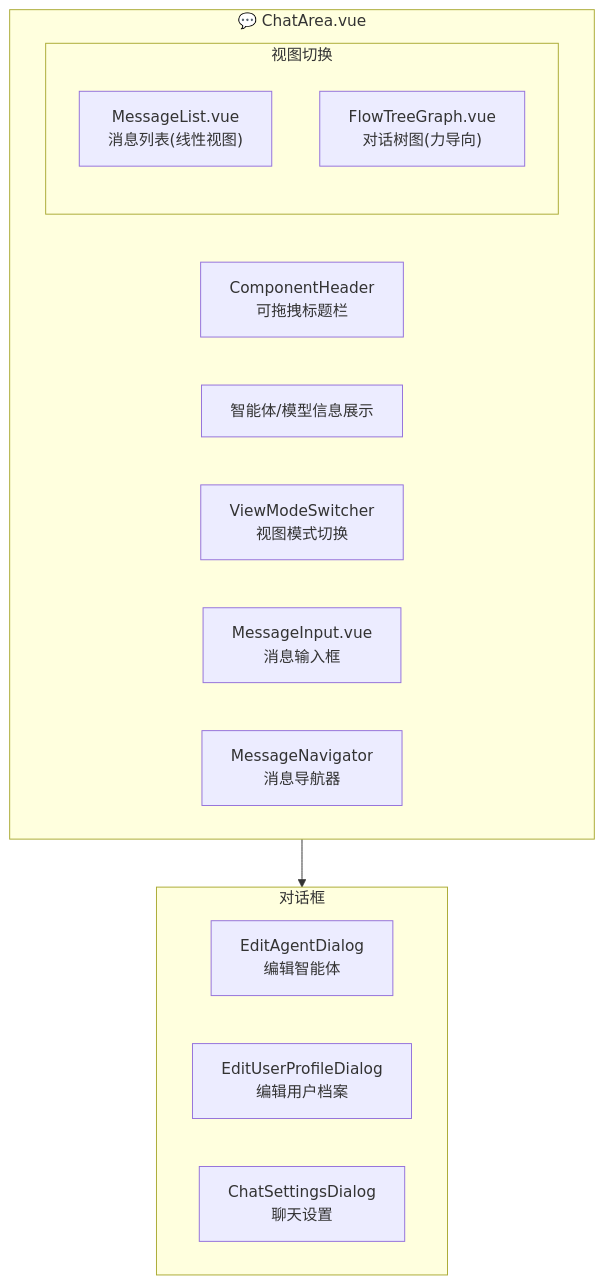
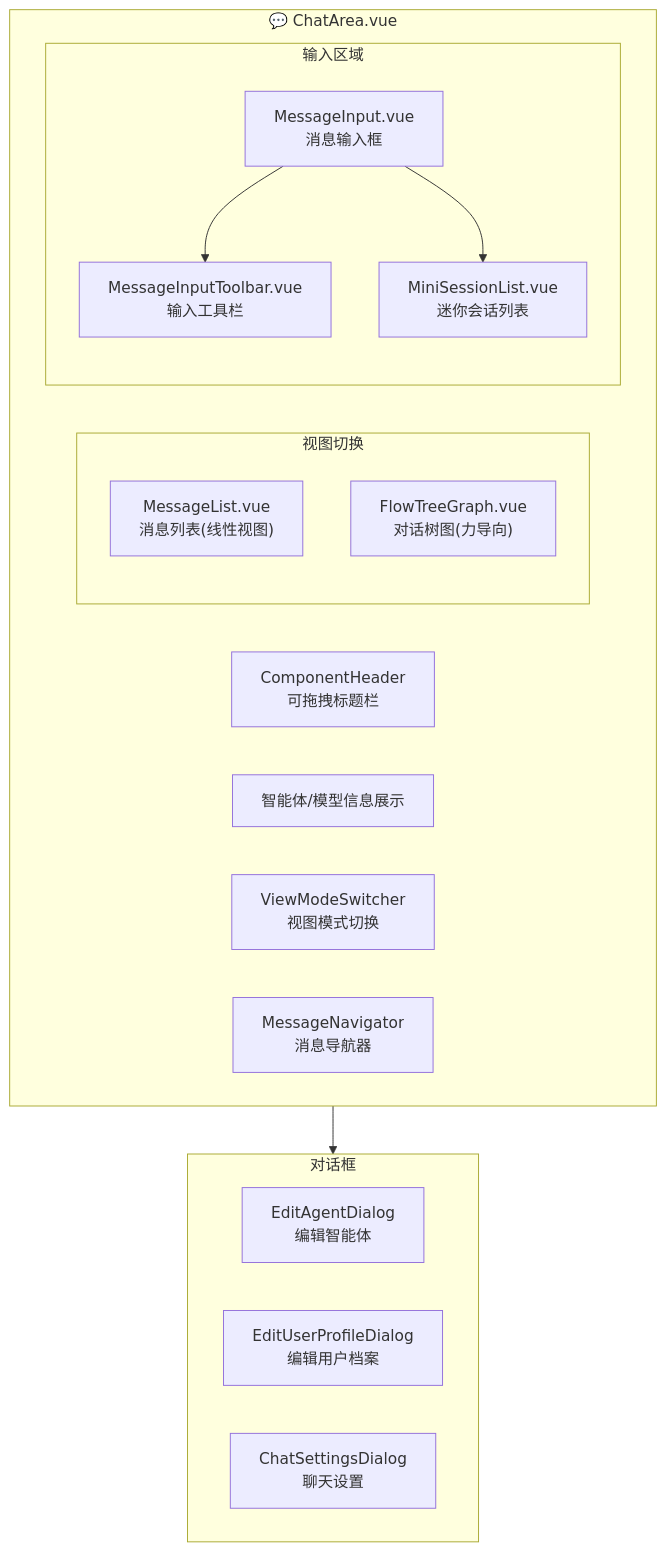
Before and after one commit to miaotouy/aio-hub: the fourth of 13 diagrams in docs/llm-chat-ui-structure.md, drawn with Mermaid. The commit also changed other lines of this file, not shown here.

````diff
--- a/docs/llm-chat-ui-structure.md
+++ b/docs/llm-chat-ui-structure.md
@@ -226,24 +268,30 @@
 ```mermaid
 flowchart TB
     subgraph ChatAreaVue["💬 ChatArea.vue"]
         ComponentHeader["ComponentHeader<br/>可拖拽标题栏"]
         AgentInfo["智能体/模型信息展示"]
         ViewModeSwitcher["ViewModeSwitcher<br/>视图模式切换"]
-        
+
         subgraph Views["视图切换"]
             MessageList["MessageList.vue<br/>消息列表(线性视图)"]
             FlowTreeGraph["FlowTreeGraph.vue<br/>对话树图(力导向)"]
         end
-        
-        MessageInput["MessageInput.vue<br/>消息输入框"]
+
+        subgraph InputArea["输入区域"]
+            MessageInput["MessageInput.vue<br/>消息输入框"]
+            MessageInputToolbar["MessageInputToolbar.vue<br/>输入工具栏"]
+            MiniSessionList["MiniSessionList.vue<br/>迷你会话列表"]
+        end
+
         MessageNavigator["MessageNavigator<br/>消息导航器"]
     end
-    
+
     subgraph Dialogs["对话框"]
         EditAgentDialog["EditAgentDialog<br/>编辑智能体"]
         EditUserProfileDialog["EditUserProfileDialog<br/>编辑用户档案"]
         ChatSettingsDialog["ChatSettingsDialog<br/>聊天设置"]
     end
-    
     ChatAreaVue --> Dialogs
+    MessageInput --> MessageInputToolbar
+    MessageInput --> MiniSessionList
 ```
````
